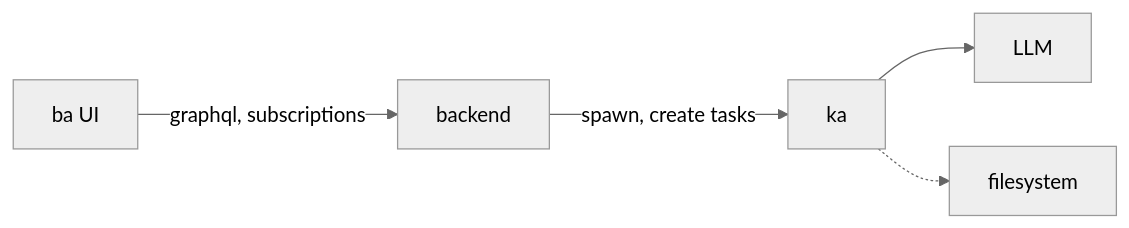
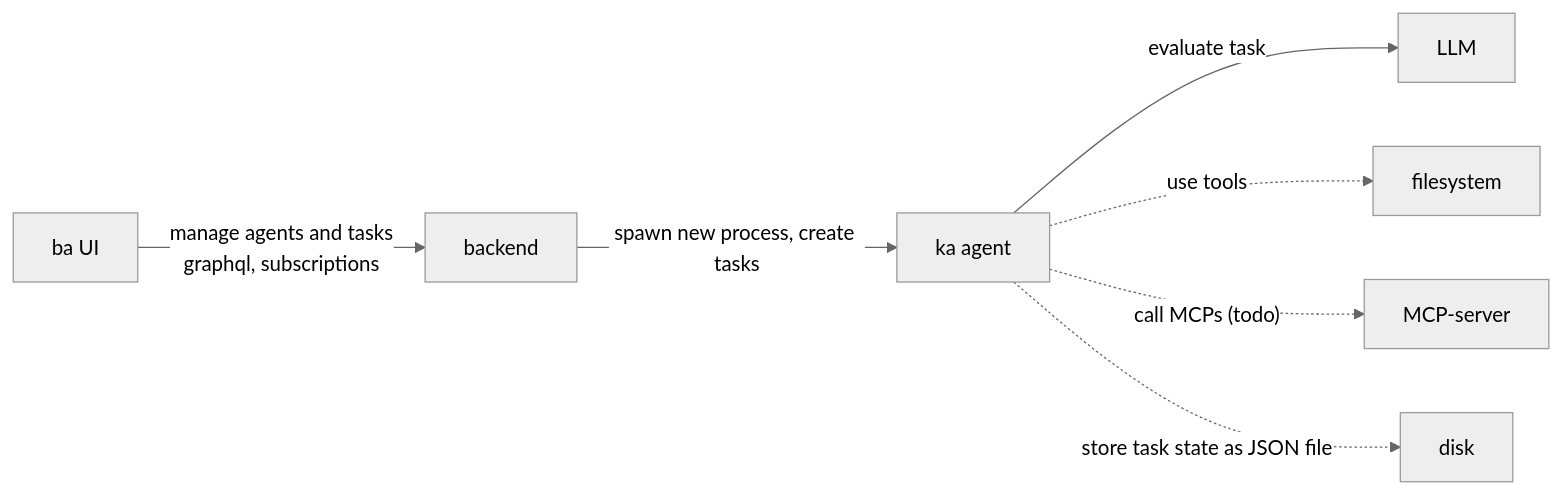
Before and after one commit to tot-ra/ka_ba: the diagram in README.md, drawn with Mermaid (neutral theme).

````diff
--- a/README.md
+++ b/README.md
@@ -25,5 +25,7 @@
 ```mermaid
 flowchart LR
-ba["ba UI"] --"graphql, subscriptions"--> backend --"spawn, create tasks"--> ka --> LLM
-ka .-> filesystem
+ba["ba UI"] --"manage agents and tasks <br> graphql, subscriptions"--> backend --"spawn new process, create tasks"--> ka["ka agent"] --"evaluate task"--> LLM
+ka -."use tools".-> filesystem
+ka -."call MCPs (todo)".-> MCP-server
+ka -."store task state as JSON file".-> disk
 ```
````
